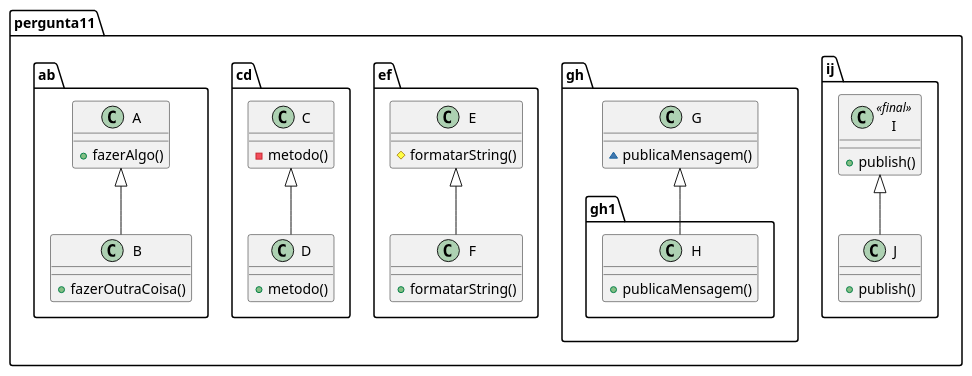
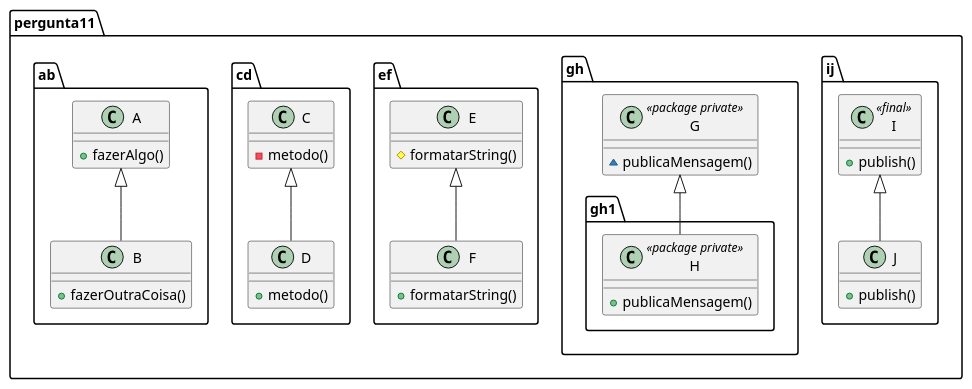
The diagram in questionario/java02.puml (ortolanph/DecoratorExample), drawn with PlantUML before and after one commit. The commit also changed 3 other files, not shown here.

```diff
--- a/questionario/java02.puml
+++ b/questionario/java02.puml
@@ -1,72 +1,72 @@
 @startuml   
 
 package pergunta11 {
 
     package ij {
         class I <<final>> {
             + publish()
         }
 
         class J {
             + publish()
         }
 
         I <|-- J
     }
 
     package gh {
 
-        class G {
+        class G <<package private>> {
             ~ publicaMensagem()
         }
 
         package gh1 {
-            class H {
+            class H <<package private>> {
                 + publicaMensagem()
             }
         }
 
         G <|-- H
 
     }
 
     package ef {
 
         class E {
             # formatarString()
         }
 
         class F {
             + formatarString()
         }
 
         E <|-- F
 
     }
 
     package cd {
         class C {
             - metodo()
         }
 
         class D {
             + metodo()
         }
 
         C <|-- D
     }
 
     package ab {
         class A {
             + fazerAlgo()
         }
 
         class B {
             + fazerOutraCoisa()
         }
 
         A <|-- B
     }
 }
 
 @enduml
```
